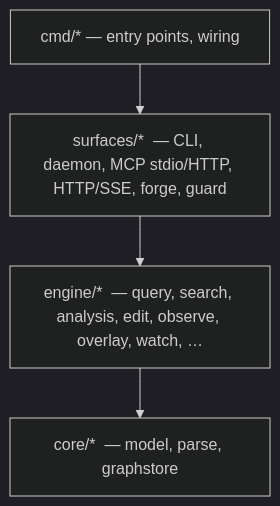
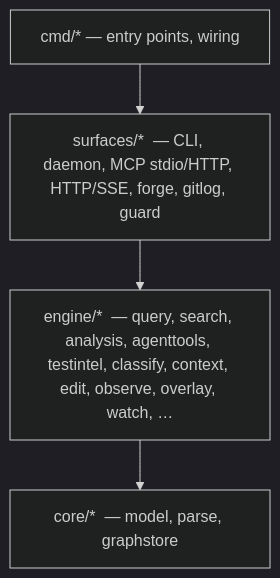
One commit to samibel/graphi changed the diagram in readme.md. Above: the diagram before and after it, drawn with Mermaid (dark theme). The commit also changed other lines of this file and 11 other files, not shown here.

````diff
--- a/readme.md
+++ b/readme.md
@@ -223,8 +244,8 @@
 ```mermaid
 flowchart TD
     CMD["cmd/*  — entry points, wiring"]
-    SURF["surfaces/*  — CLI, daemon, MCP stdio/HTTP, HTTP/SSE, forge, guard"]
-    ENG["engine/*  — query, search, analysis, edit, observe, overlay, watch, …"]
+    SURF["surfaces/*  — CLI, daemon, MCP stdio/HTTP, HTTP/SSE, forge, gitlog, guard"]
+    ENG["engine/*  — query, search, analysis, agenttools, testintel, classify, context, edit, observe, overlay, watch, …"]
     CORE["core/*  — model, parse, graphstore"]
     CMD --> SURF --> ENG --> CORE
 ```
````
